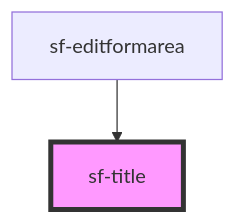
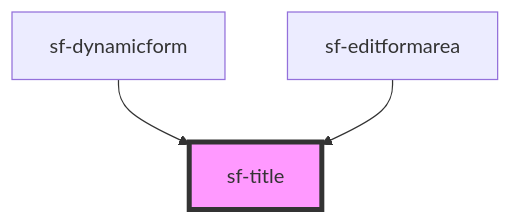
Before and after one commit to pxcemaker/SmartForms: the diagram in fusion-opl/stencil-smartform-on-main/src/components/sf-title/readme.md, drawn with Mermaid. The commit also changed other lines of this file and 2989 other files, not shown here.

````diff
--- a/fusion-opl/stencil-smartform-on-main/src/components/sf-title/readme.md
+++ b/fusion-opl/stencil-smartform-on-main/src/components/sf-title/readme.md
@@ -22,5 +23,6 @@
 ```mermaid
 graph TD;
+  sf-dynamicform --> sf-title
   sf-editformarea --> sf-title
   style sf-title fill:#f9f,stroke:#333,stroke-width:4px
 ```
````
